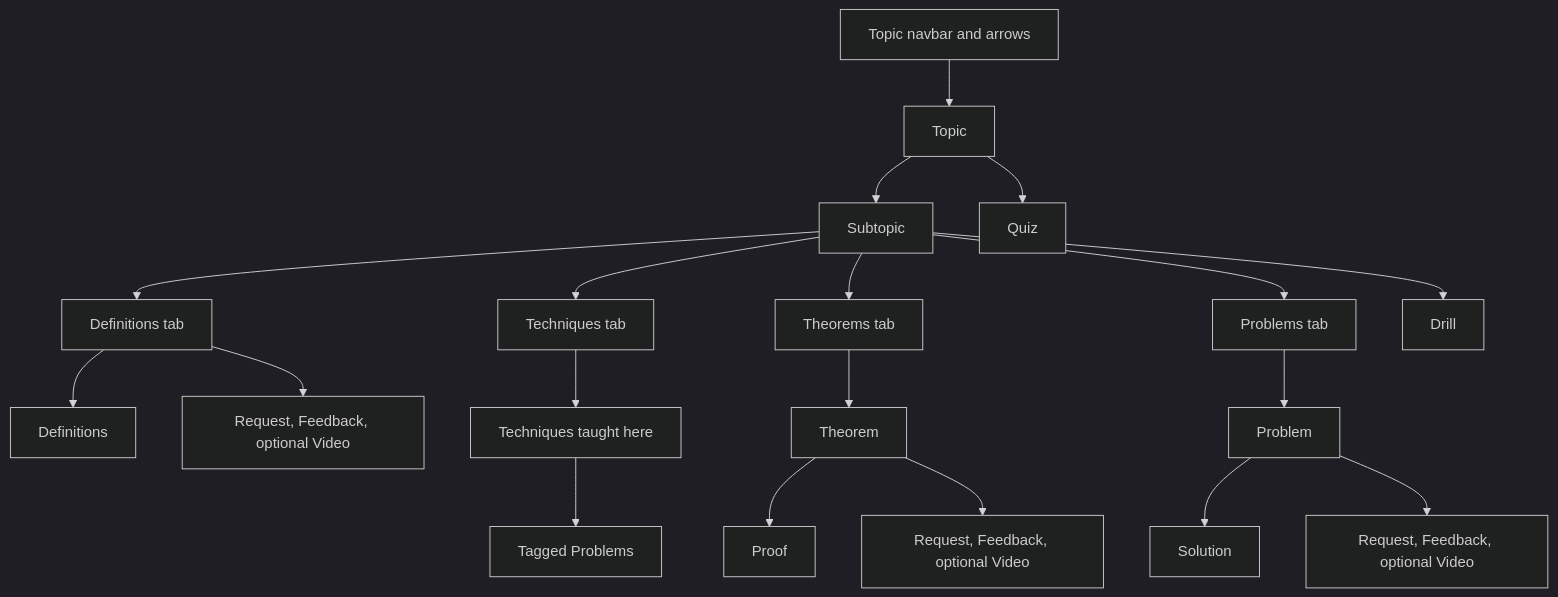
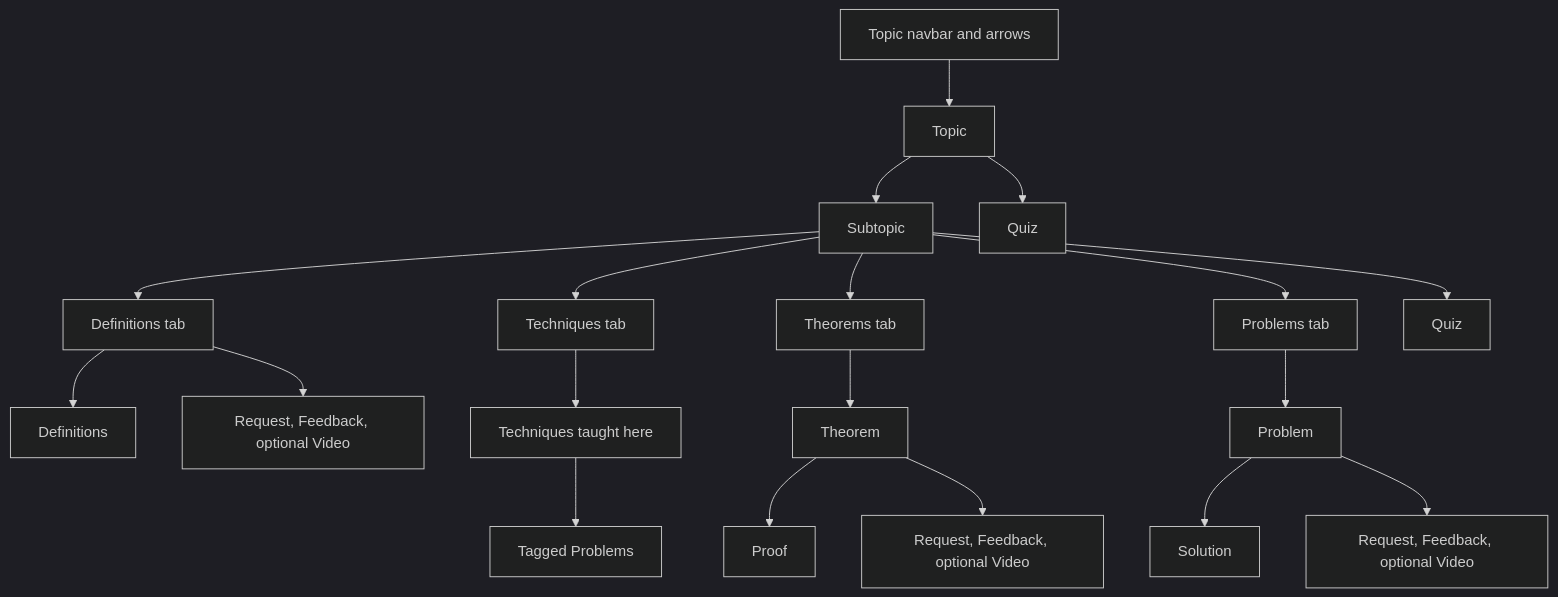
Before and after one commit to Yuxiang-Huang/21-127.com: the diagram in README.md, drawn with Mermaid (dark theme). The commit also changed other lines of this file and 8 other files, not shown here.

First line of the commit message:
Call the subtopic recall pass a Quiz.

````diff
--- a/README.md
+++ b/README.md
@@ -7,22 +7,22 @@
 ```mermaid
 flowchart TD
   navbar["Topic navbar and arrows"]
   navbar --> topic[Topic]
   topic --> subtopic[Subtopic]
   topic --> quiz[Quiz]
   subtopic --> defTab["Definitions tab"]
   subtopic --> techTab["Techniques tab"]
   subtopic --> thmTab["Theorems tab"]
   subtopic --> probTab["Problems tab"]
   defTab --> definitions[Definitions]
   defTab --> tabSignals["Request, Feedback, optional Video"]
   techTab --> techniques["Techniques taught here"]
   techniques --> tagged["Tagged Problems"]
   thmTab --> theorem[Theorem]
   theorem --> proof[Proof]
   theorem --> itemSignals["Request, Feedback, optional Video"]
-  subtopic --> drill[Drill]
+  subtopic --> subtopicQuiz[Quiz]
   probTab --> problem[Problem]
   problem --> solution[Solution]
   problem --> itemSignals2["Request, Feedback, optional Video"]
 ```
````
